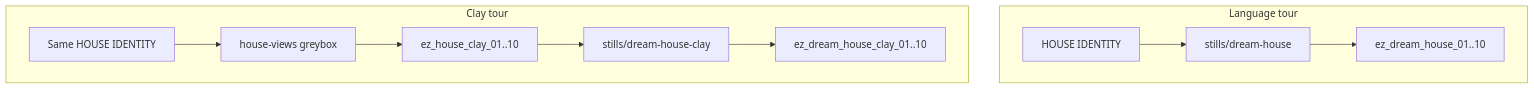
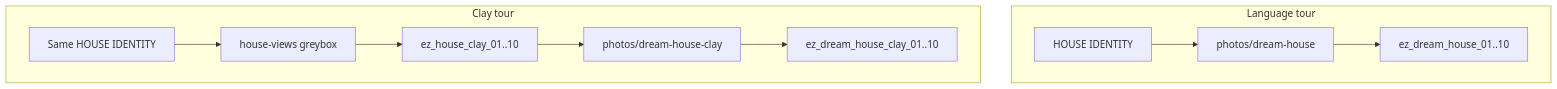
The diagram in docs/learn/dream-house.md (toxicoder/ez-comfy-stack), drawn with Mermaid before and after one commit. The commit also changed other lines of this file and 1249 other files, not shown here.

````diff
--- a/docs/learn/dream-house.md
+++ b/docs/learn/dream-house.md
@@ -36,13 +36,13 @@
 ```mermaid
 flowchart TB
   subgraph Language["Language tour"]
-    A["HOUSE IDENTITY"] --> B["stills/dream-house"]
+    A["HOUSE IDENTITY"] --> B["photos/dream-house"]
     B --> C["ez_dream_house_01..10"]
   end
   subgraph Clay["Clay tour"]
     D["Same HOUSE IDENTITY"] --> E["house-views greybox"]
     E --> F["ez_house_clay_01..10"]
-    F --> G["stills/dream-house-clay"]
+    F --> G["photos/dream-house-clay"]
     G --> H["ez_dream_house_clay_01..10"]
   end
 ```
````
